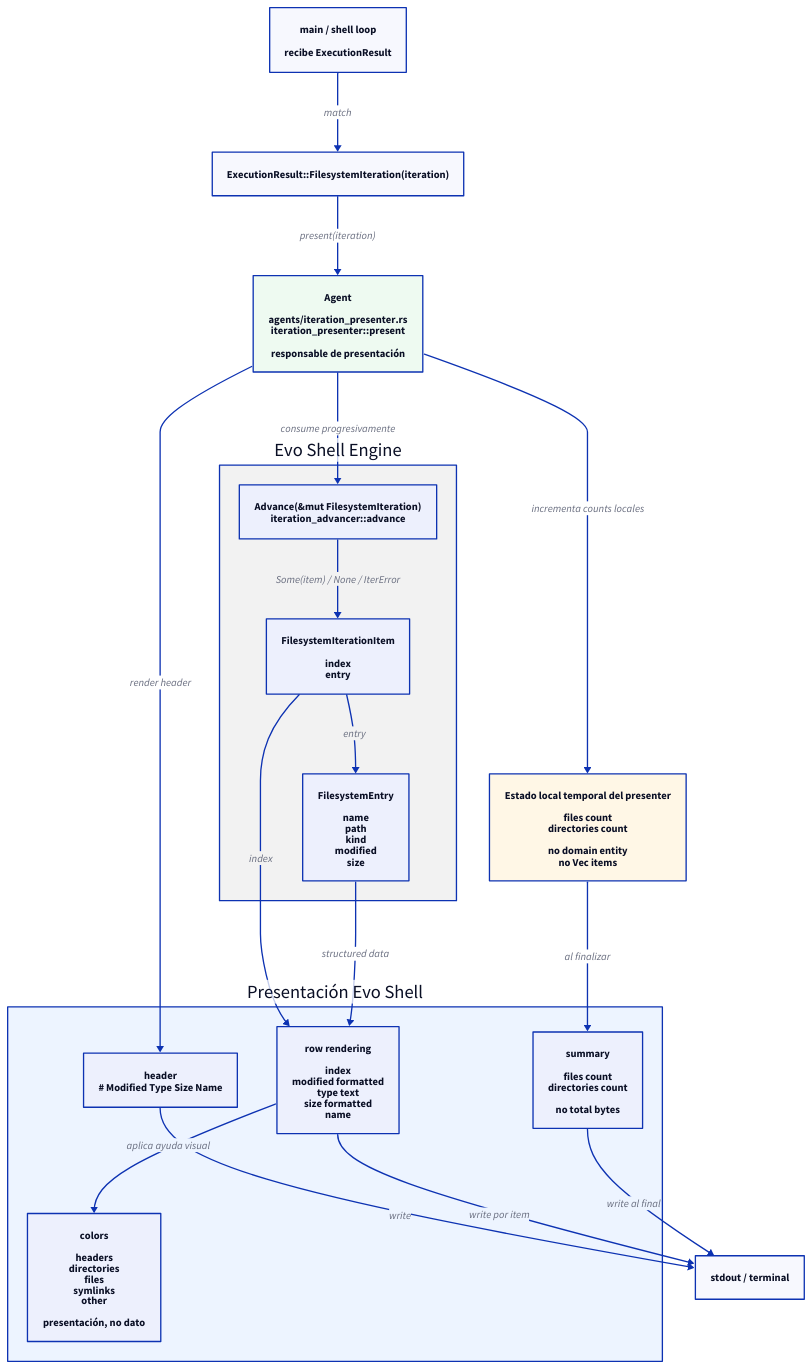
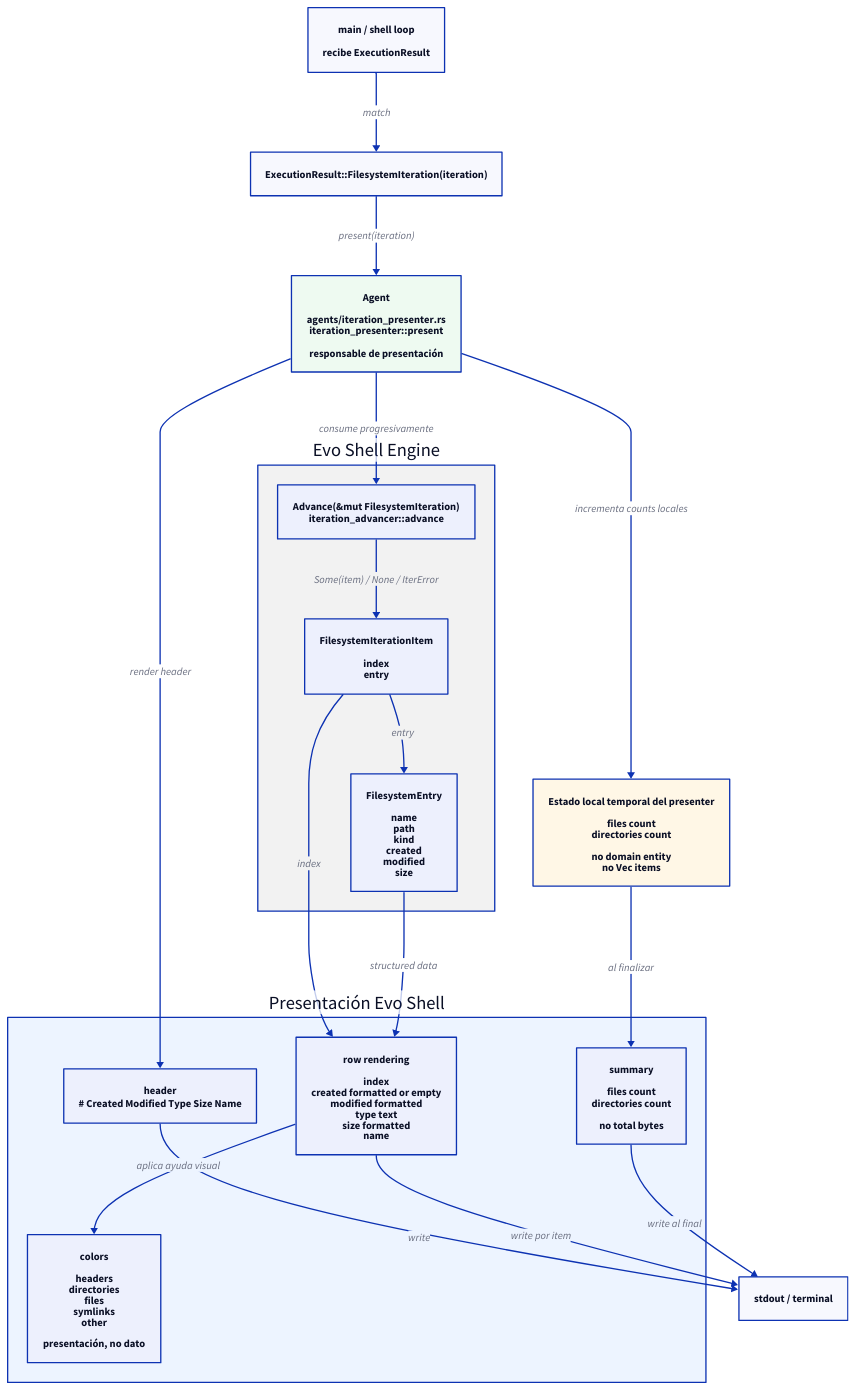
One commit to niqel/evolution changed the diagram in evo-shell/technical_documentation/use_cases/UC-004-present-structured-filesystem-iteration/architecture.d2. Above: the diagram before and after it, drawn with D2. The commit also changed 23 other files, not shown here.

```diff
--- a/evo-shell/technical_documentation/use_cases/UC-004-present-structured-filesystem-iteration/architecture.d2
+++ b/evo-shell/technical_documentation/use_cases/UC-004-present-structured-filesystem-iteration/architecture.d2
@@ -1,76 +1,76 @@
 direction: down
 
 shell_loop: "main / shell loop\n\nrecibe ExecutionResult" {
   shape: rectangle
 }
 
 execution_result: "ExecutionResult::FilesystemIteration(iteration)" {
   shape: rectangle
 }
 
 presenter: "Agent\n\nagents/iteration_presenter.rs\niteration_presenter::present\n\nresponsable de presentación" {
   shape: rectangle
   style.fill: "#eefaf1"
 }
 
 engine: "Evo Shell Engine" {
   shape: rectangle
   style.fill: "#f2f2f2"
 
   advance: "Advance(&mut FilesystemIteration)\niteration_advancer::advance" {
     shape: rectangle
   }
 
   item: "FilesystemIterationItem\n\nindex\nentry" {
     shape: rectangle
   }
 
-  entry: "FilesystemEntry\n\nname\npath\nkind\nmodified\nsize" {
+  entry: "FilesystemEntry\n\nname\npath\nkind\ncreated\nmodified\nsize" {
     shape: rectangle
   }
 }
 
 presentation: "Presentación Evo Shell" {
   shape: rectangle
   style.fill: "#edf4ff"
 
-  header: "header\n# Modified Type Size Name" {
+  header: "header\n# Created Modified Type Size Name" {
     shape: rectangle
   }
 
-  row: "row rendering\n\nindex\nmodified formatted\ntype text\nsize formatted\nname" {
+  row: "row rendering\n\nindex\ncreated formatted or empty\nmodified formatted\ntype text\nsize formatted\nname" {
     shape: rectangle
   }
 
   colors: "colors\n\nheaders\ndirectories\nfiles\nsymlinks\nother\n\npresentación, no dato" {
     shape: rectangle
   }
 
   summary: "summary\n\nfiles count\ndirectories count\n\nno total bytes" {
     shape: rectangle
   }
 }
 
 local_state: "Estado local temporal del presenter\n\nfiles count\ndirectories count\n\nno domain entity\nno Vec items" {
   shape: rectangle
   style.fill: "#fff7e6"
 }
 
 stdout: "stdout / terminal" {
   shape: rectangle
 }
 
 shell_loop -> execution_result: "match"
 execution_result -> presenter: "present(iteration)"
 presenter -> presentation.header: "render header"
 presenter -> engine.advance: "consume progresivamente"
 engine.advance -> engine.item: "Some(item) / None / IterError"
 engine.item -> engine.entry: "entry"
 engine.item -> presentation.row: "index"
 engine.entry -> presentation.row: "structured data"
 presentation.row -> presentation.colors: "aplica ayuda visual"
 presenter -> local_state: "incrementa counts locales"
 local_state -> presentation.summary: "al finalizar"
 presentation.header -> stdout: "write"
 presentation.row -> stdout: "write por item"
 presentation.summary -> stdout: "write al final"
```
